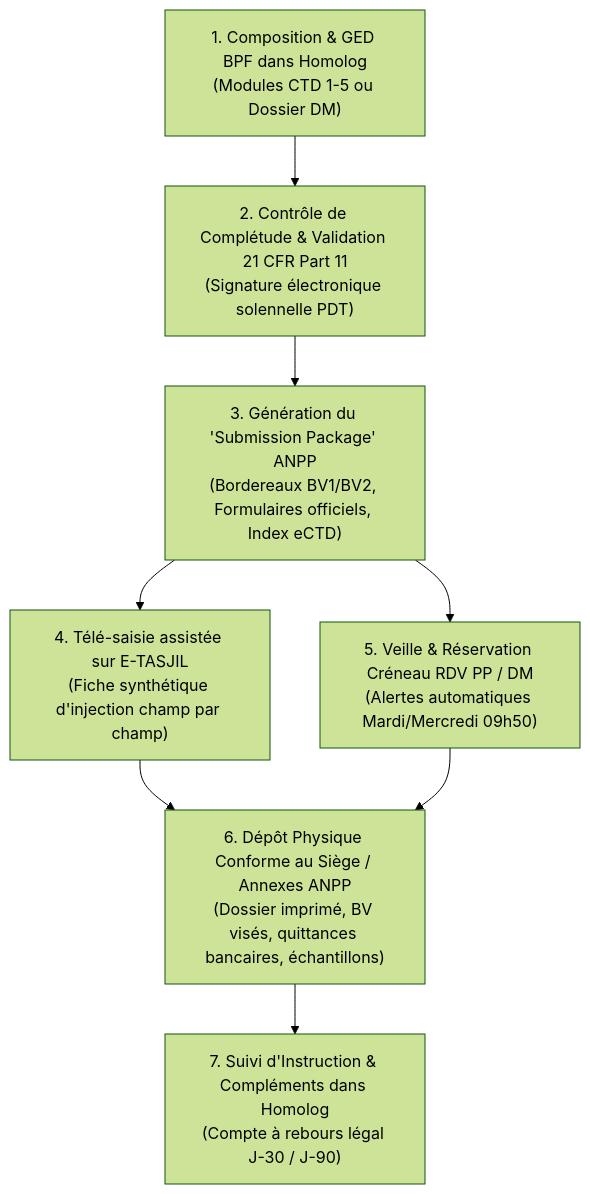
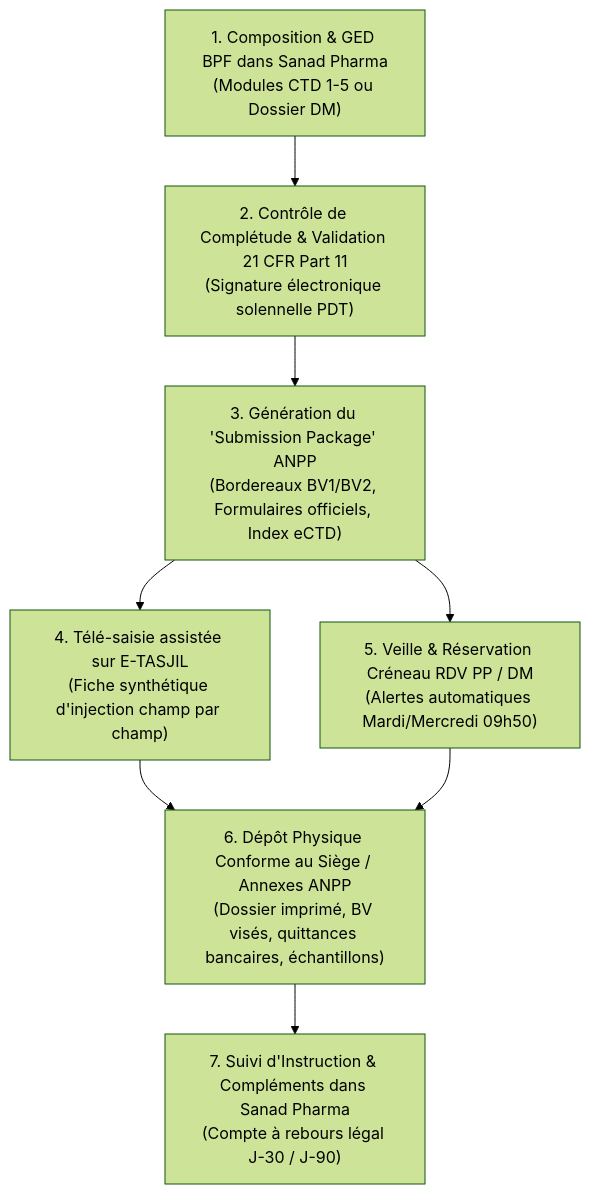
The fourth of 5 diagrams in docs/cahier_des_charges.md (aassr1965/homolog), drawn with Mermaid (forest theme) before and after one commit. The commit also changed other lines of this file and 2 other files, not shown here.

Commit message:
docs(branding): formalize Sanad Pharma identity, module naming, and fix section numbering

````diff
--- a/docs/cahier_des_charges.md
+++ b/docs/cahier_des_charges.md
@@ -781,9 +827,9 @@
 ```mermaid
 flowchart TD
-    A["1. Composition & GED BPF dans Homolog<br/>(Modules CTD 1-5 ou Dossier DM)"] --> B["2. Contrôle de Complétude & Validation 21 CFR Part 11<br/>(Signature électronique solennelle PDT)"]
+    A["1. Composition & GED BPF dans Sanad Pharma<br/>(Modules CTD 1-5 ou Dossier DM)"] --> B["2. Contrôle de Complétude & Validation 21 CFR Part 11<br/>(Signature électronique solennelle PDT)"]
     B --> C["3. Génération du 'Submission Package' ANPP<br/>(Bordereaux BV1/BV2, Formulaires officiels, Index eCTD)"]
     C --> D["4. Télé-saisie assistée sur E-TASJIL<br/>(Fiche synthétique d'injection champ par champ)"]
     C --> E["5. Veille & Réservation Créneau RDV PP / DM<br/>(Alertes automatiques Mardi/Mercredi 09h50)"]
     D & E --> F["6. Dépôt Physique Conforme au Siège / Annexes ANPP<br/>(Dossier imprimé, BV visés, quittances bancaires, échantillons)"]
-    F --> G["7. Suivi d'Instruction & Compléments dans Homolog<br/>(Compte à rebours légal J-30 / J-90)"]
+    F --> G["7. Suivi d'Instruction & Compléments dans Sanad Pharma<br/>(Compte à rebours légal J-30 / J-90)"]
 ```
````
